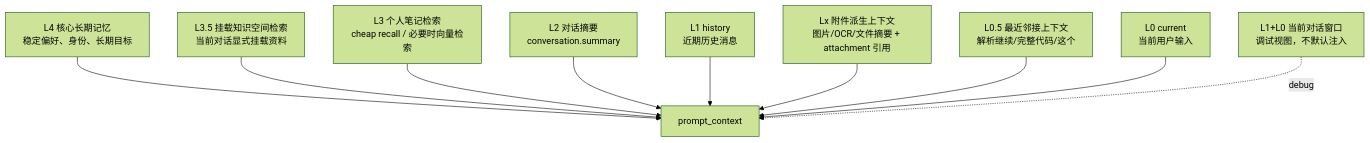
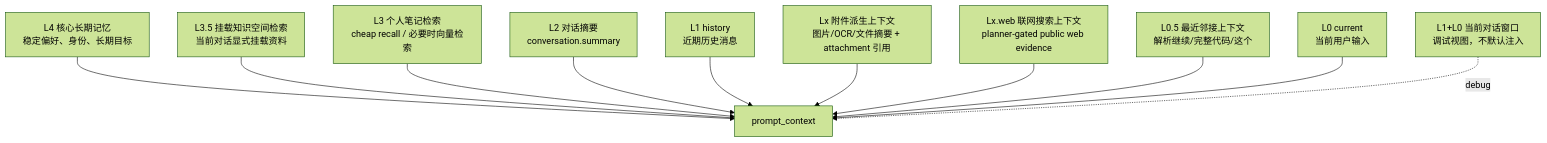
One commit to LiuJiaxuan1024/AiMemo changed the first of 2 diagrams in docs/agent/context-pyramid.md. Above: the diagram before and after it, drawn with Mermaid (forest theme). The commit also changed other lines of this file and 43 other files, not shown here.

````diff
--- a/docs/agent/context-pyramid.md
+++ b/docs/agent/context-pyramid.md
@@ -27,12 +27,13 @@
 ```mermaid
 flowchart TB
     L4[L4 核心长期记忆<br/>稳定偏好、身份、长期目标] --> Prompt[prompt_context]
     L35[L3.5 挂载知识空间检索<br/>当前对话显式挂载资料] --> Prompt
     L3[L3 个人笔记检索<br/>cheap recall / 必要时向量检索] --> Prompt
     L2[L2 对话摘要<br/>conversation.summary] --> Prompt
     L1[L1 history<br/>近期历史消息] --> Prompt
     LX[Lx 附件派生上下文<br/>图片/OCR/文件摘要 + attachment 引用] --> Prompt
+    LXW[Lx.web 联网搜索上下文<br/>planner-gated public web evidence] --> Prompt
     L05[L0.5 最近邻接上下文<br/>解析继续/完整代码/这个] --> Prompt
     L0[L0 current<br/>当前用户输入] --> Prompt
     Window[L1+L0 当前对话窗口<br/>调试视图，不默认注入] -. debug .-> Prompt
 ```
````
